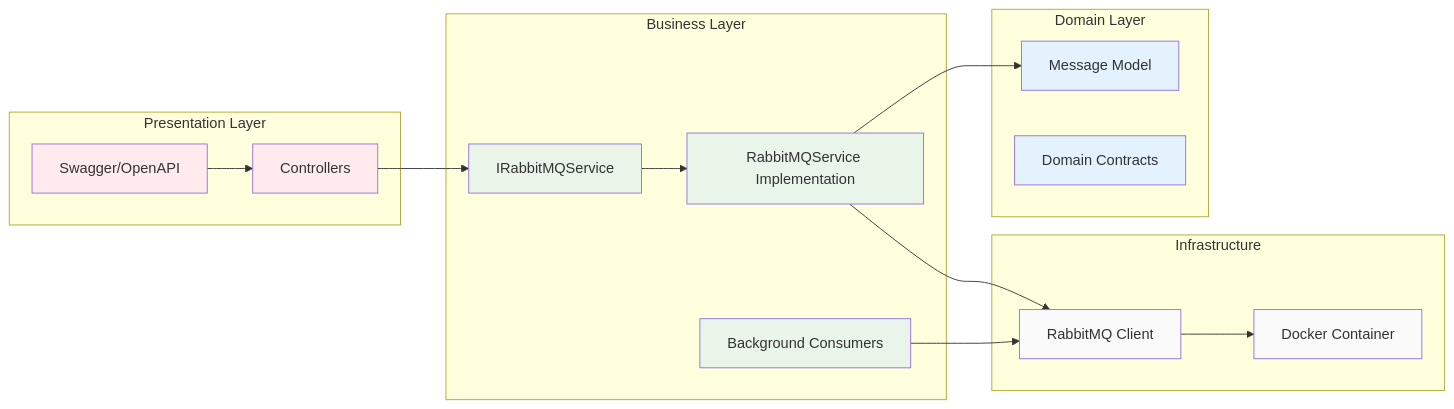
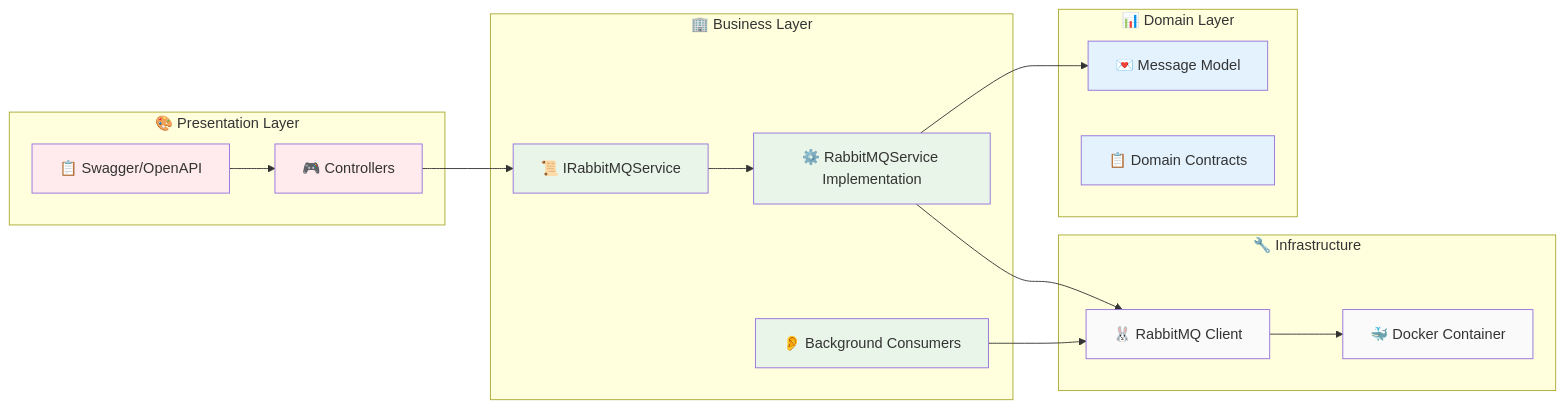
One commit to A-Safar/RabbitMQ.Playground changed the third of 3 diagrams in README.md. Above: the diagram before and after it, drawn with Mermaid. The commit also changed other lines of this file, not shown here.

````diff
--- a/README.md
+++ b/README.md
@@ -262,41 +262,41 @@
 ```mermaid
 graph LR
-    subgraph "Presentation Layer"
-        A[Controllers]
-        B[Swagger/OpenAPI]
+    subgraph "🎨 Presentation Layer"
+        A[🎮 Controllers]
+        B[📋 Swagger/OpenAPI]
     end
     
-    subgraph "Business Layer"
-        C[IRabbitMQService]
-        D[RabbitMQService Implementation]
-        E[Background Consumers]
+    subgraph "🏢 Business Layer"
+        C[📜 IRabbitMQService]
+        D[⚙️ RabbitMQService Implementation]
+        E[👂 Background Consumers]
     end
     
-    subgraph "Domain Layer"
-        F[Message Model]
-        G[Domain Contracts]
+    subgraph "📊 Domain Layer"
+        F[💌 Message Model]
+        G[📋 Domain Contracts]
     end
     
-    subgraph "Infrastructure"
-        H[RabbitMQ Client]
-        I[Docker Container]
+    subgraph "🔧 Infrastructure"
+        H[🐰 RabbitMQ Client]
+        I[🐳 Docker Container]
     end
     
     A --> C
     B --> A
     C --> D
     D --> F
     D --> H
     E --> H
     H --> I
     
     classDef presentation fill:#ffebee
     classDef business fill:#e8f5e8
     classDef domain fill:#e3f2fd
     classDef infrastructure fill:#fafafa
     
     class A,B presentation
     class C,D,E business
     class F,G domain
     class H,I infrastructure
 ```
````
